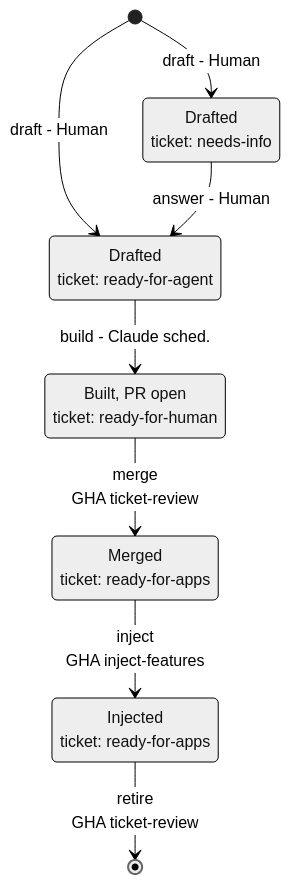
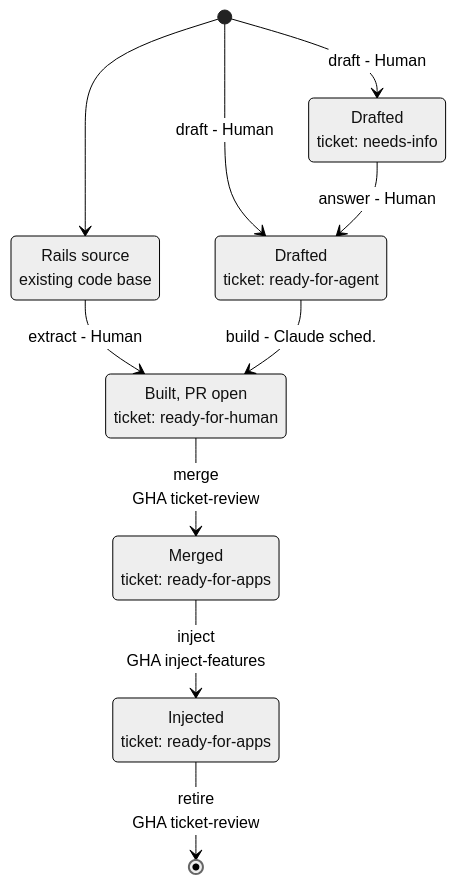
One commit to any-container/rails-template changed the diagram in workflows/features.md. Above: the diagram before and after it, drawn with Mermaid (neutral theme). The commit also changed other lines of this file, not shown here.

Commit message:
Add extract verb to feature workflow
Rails source -> features arrow in the lifecycle diagram, with a verb table row.

Claude-Session: https://claude.ai/code/session_01UMnZEkYvYFhmP5KSNFkvY5

````diff
--- a/workflows/features.md
+++ b/workflows/features.md
@@ -11,17 +11,20 @@
 ```mermaid
 stateDiagram-v2
     direction TB
+    state "Rails source<br/>existing code base" as Source
     state "Drafted<br/>ticket: needs-info" as NeedsInfo
     state "Drafted<br/>ticket: ready-for-agent" as ReadyAgent
     state "Built, PR open<br/>ticket: ready-for-human" as ReadyHuman
     state "Merged<br/>ticket: ready-for-apps" as ReadyApps
     state "Injected<br/>ticket: ready-for-apps" as Injected
 
+    [*] --> Source
+    Source --> ReadyHuman: extract - Human
     [*] --> NeedsInfo: draft - Human
     [*] --> ReadyAgent: draft - Human
     NeedsInfo --> ReadyAgent: answer - Human
     ReadyAgent --> ReadyHuman: build - Claude sched.
     ReadyHuman --> ReadyApps: merge<br/>GHA ticket-review
     ReadyApps --> Injected: inject<br/>GHA inject-features
     Injected --> [*]: retire<br/>GHA ticket-review
 ```
````
